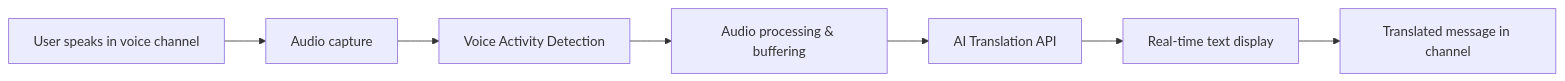
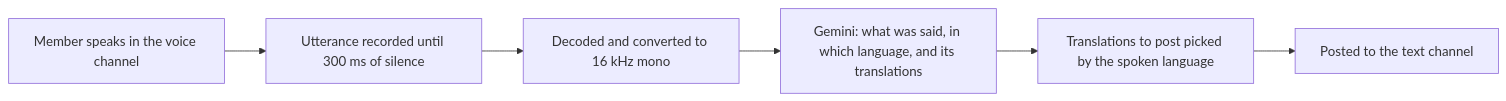
The diagram in README.md (Fkinds/discord-aitranslate-bot), drawn with Mermaid before and after one commit. The commit also changed other lines of this file and 1 other file, not shown here.

````diff
--- a/README.md
+++ b/README.md
@@ -356,9 +239,8 @@
 ```mermaid
 graph LR
-    A[User speaks in voice channel] --> B[Audio capture]
-    B --> C[Voice Activity Detection]
-    C --> D[Audio processing & buffering]
-    D --> E[AI Translation API]
-    E --> F[Real-time text display]
-    F --> G[Translated message in channel]
+    A[Member speaks in the voice channel] --> B[Utterance recorded until 300 ms of silence]
+    B --> C[Decoded and converted to 16 kHz mono]
+    C --> D[Gemini: what was said, in which language, and its translations]
+    D --> E[Translations to post picked by the spoken language]
+    E --> F[Posted to the text channel]
 ```
````
